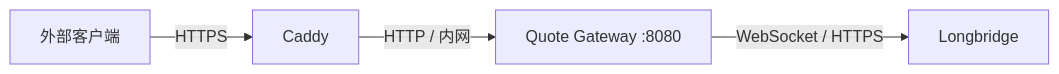
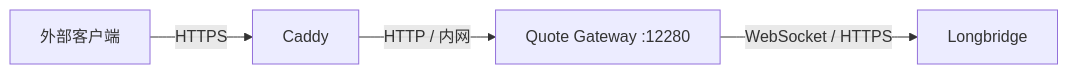
Before and after one commit to gofxq/longbridge_quote_gateway: the fifth of 5 diagrams in PRD.md, drawn with Mermaid. The commit also changed other lines of this file and 169 other files, not shown here.

````diff
--- a/PRD.md
+++ b/PRD.md
@@ -1100,6 +1161,6 @@
 ```mermaid
 flowchart LR
     client["外部客户端"] -->|HTTPS| caddy["Caddy"]
-    caddy -->|HTTP / 内网| gateway["Quote Gateway :8080"]
+    caddy -->|HTTP / 内网| gateway["Quote Gateway :12280"]
     gateway -->|WebSocket / HTTPS| longbridge["Longbridge"]
 ```
````
